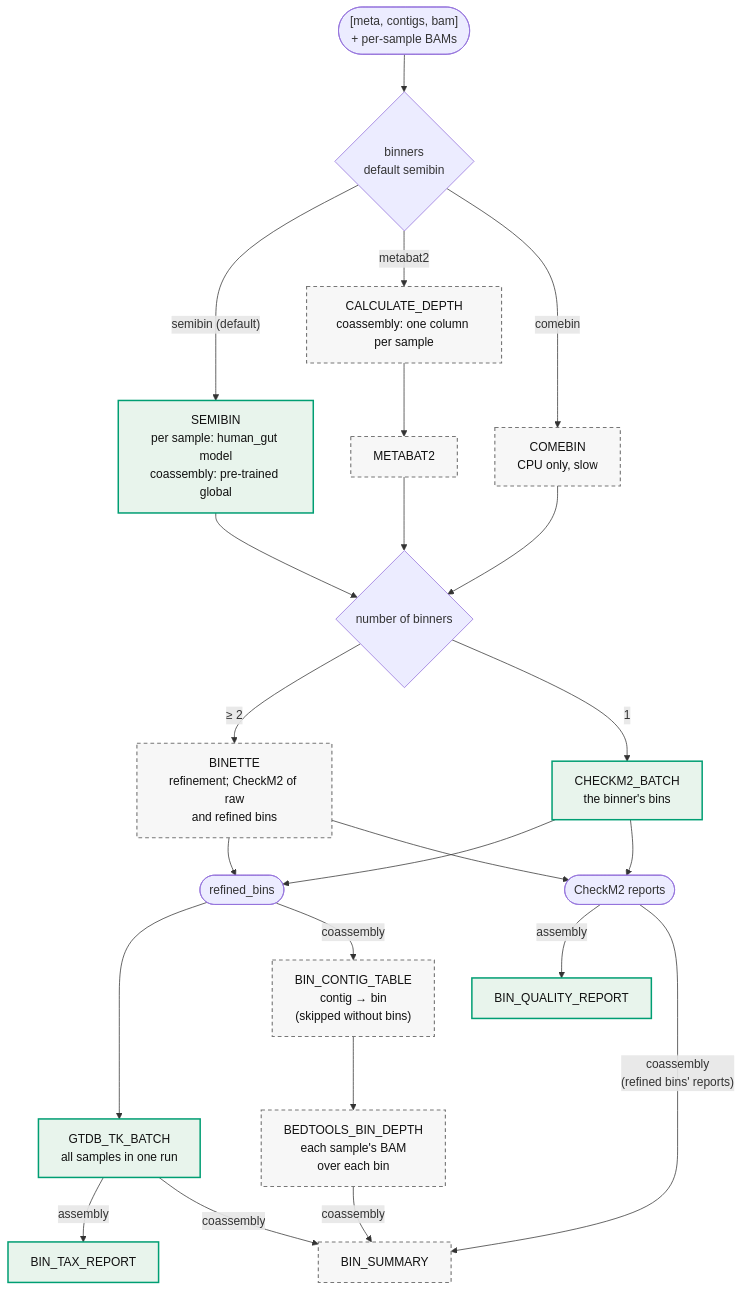
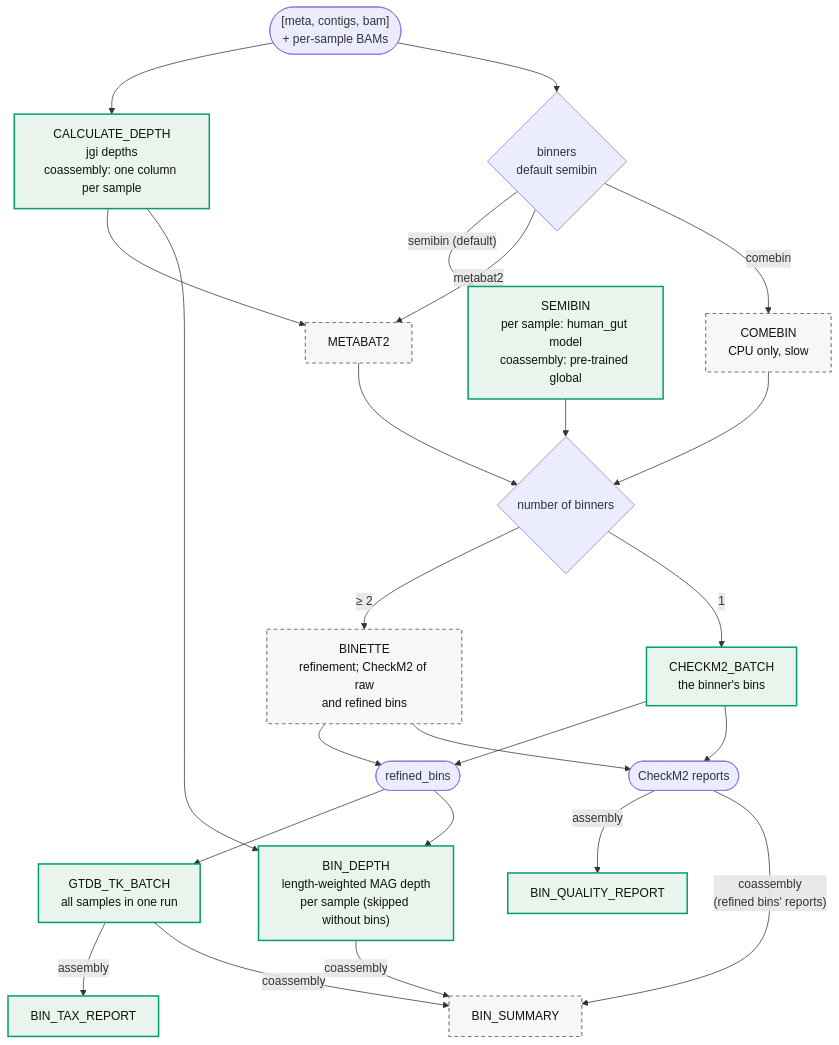
One commit to gene2dis/BugBuster changed the eighth of 13 diagrams in docs/WORKFLOW_DIAGRAM.md. Above: the diagram before and after it, drawn with Mermaid. The commit also changed other lines of this file and 29 other files, not shown here.

First line of the commit message:
feat(binning): MAG depth from MetaBAT2's jgi depths in both assembly modes

````diff
--- a/docs/WORKFLOW_DIAGRAM.md
+++ b/docs/WORKFLOW_DIAGRAM.md
@@ -294,28 +294,30 @@
 ```mermaid
 flowchart TD
-    In(["[meta, contigs, bam]<br/>+ per-sample BAMs"]) --> Sel{binners<br/>default semibin}
+    In(["[meta, contigs, bam]<br/>+ per-sample BAMs"]) --> CALCULATE_DEPTH["CALCULATE_DEPTH<br/>jgi depths<br/>coassembly: one column per sample"]
+    In --> Sel{binners<br/>default semibin}
     Sel -->|"semibin (default)"| SEMIBIN["SEMIBIN<br/>per sample: human_gut model<br/>coassembly: pre-trained global"]
-    Sel -->|metabat2| CALCULATE_DEPTH["CALCULATE_DEPTH<br/>coassembly: one column per sample"] --> METABAT2
+    Sel -->|metabat2| METABAT2
+    CALCULATE_DEPTH --> METABAT2
     Sel -->|comebin| COMEBIN["COMEBIN<br/>CPU only, slow"]
 
     SEMIBIN & METABAT2 & COMEBIN --> N{number of binners}
     N -->|"≥ 2"| BINETTE["BINETTE<br/>refinement; CheckM2 of raw<br/>and refined bins"]
     N -->|1| CHECKM2_BATCH["CHECKM2_BATCH<br/>the binner's bins"]
     BINETTE & CHECKM2_BATCH --> Bins(["refined_bins"])
     Bins --> GTDB_TK_BATCH["GTDB_TK_BATCH<br/>all samples in one run"]
 
     BINETTE & CHECKM2_BATCH --> Quality(["CheckM2 reports"])
 
     Quality -->|assembly| BIN_QUALITY_REPORT
     GTDB_TK_BATCH -->|assembly| BIN_TAX_REPORT
-    Bins -->|coassembly| BIN_CONTIG_TABLE["BIN_CONTIG_TABLE<br/>contig → bin<br/>(skipped without bins)"]
-    BIN_CONTIG_TABLE --> BEDTOOLS_BIN_DEPTH["BEDTOOLS_BIN_DEPTH<br/>each sample's BAM<br/>over each bin"]
-    BEDTOOLS_BIN_DEPTH -->|coassembly| BIN_SUMMARY
+    Bins --> BIN_DEPTH["BIN_DEPTH<br/>length-weighted MAG depth<br/>per sample (skipped without bins)"]
+    CALCULATE_DEPTH --> BIN_DEPTH
+    BIN_DEPTH -->|coassembly| BIN_SUMMARY
     GTDB_TK_BATCH -->|coassembly| BIN_SUMMARY
     Quality -->|"coassembly<br/>(refined bins' reports)"| BIN_SUMMARY
 
     classDef on fill:#E8F4EC,stroke:#009E73,stroke-width:2px,color:#111
     classDef opt fill:#F7F7F7,stroke:#777,stroke-width:1.5px,stroke-dasharray:5 4,color:#111
-    class SEMIBIN,CHECKM2_BATCH,GTDB_TK_BATCH,BIN_QUALITY_REPORT,BIN_TAX_REPORT on
-    class CALCULATE_DEPTH,METABAT2,COMEBIN,BINETTE,BIN_CONTIG_TABLE,BEDTOOLS_BIN_DEPTH,BIN_SUMMARY opt
+    class SEMIBIN,CHECKM2_BATCH,GTDB_TK_BATCH,BIN_QUALITY_REPORT,BIN_TAX_REPORT,CALCULATE_DEPTH,BIN_DEPTH on
+    class METABAT2,COMEBIN,BINETTE,BIN_SUMMARY opt
 ```
````
